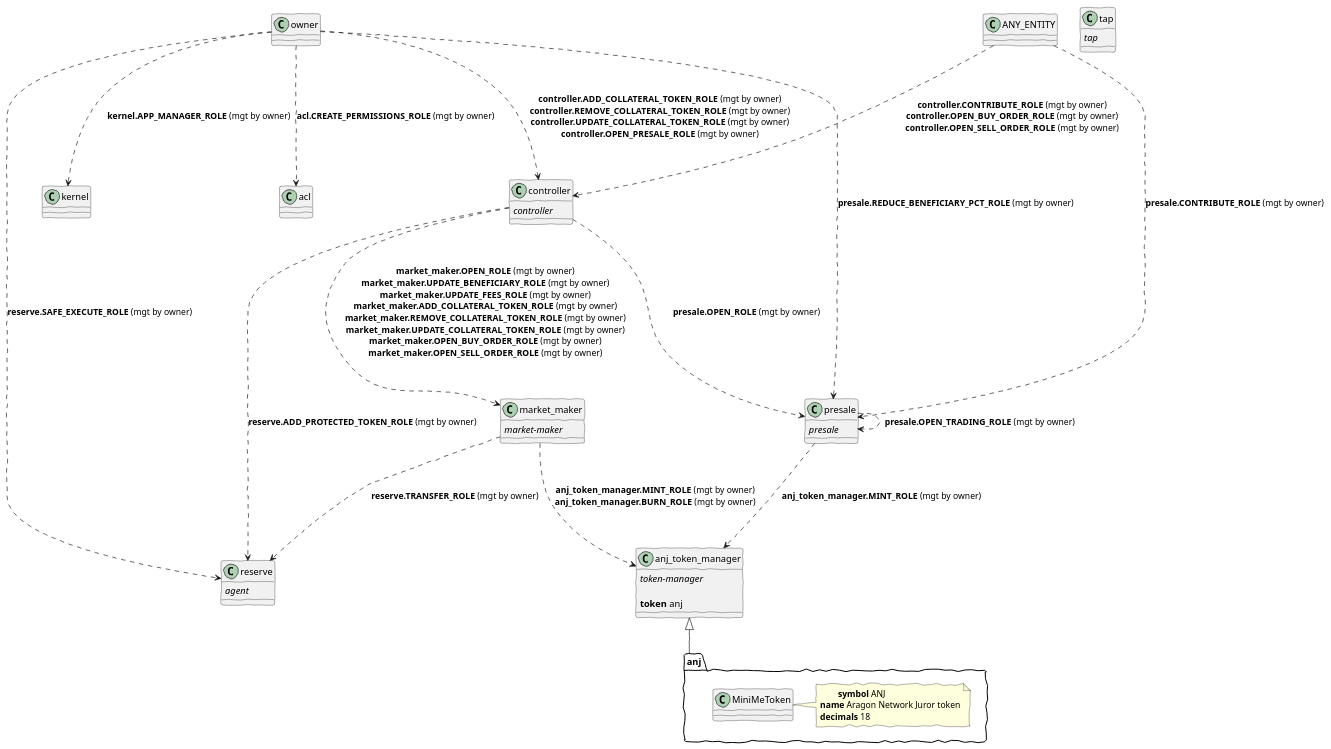
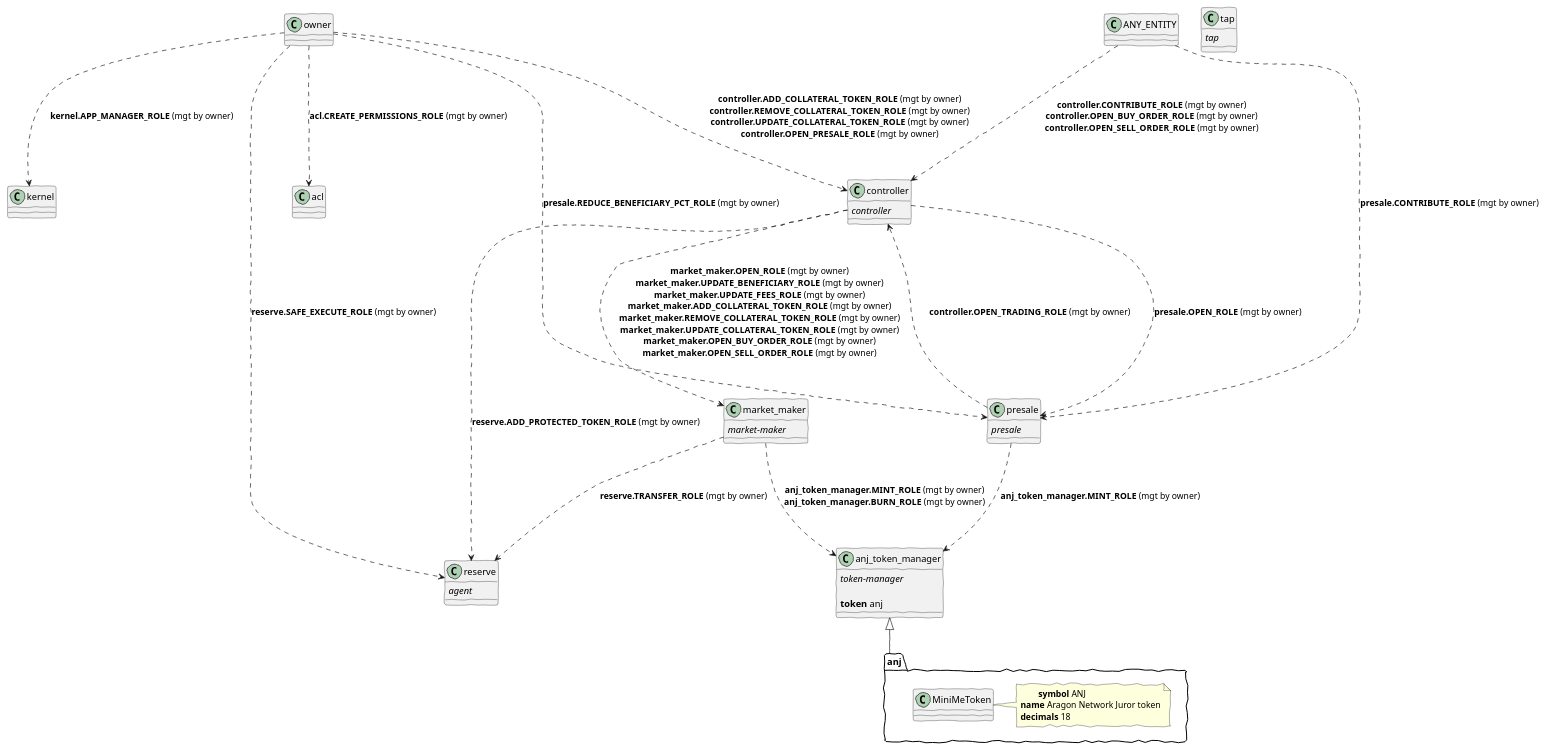
Before and after one commit to aragonone/court-presale: the diagram in template/eopbc.plantuml, drawn with PlantUML. The commit also changed 2 other files, not shown here.

```diff
--- a/template/eopbc.plantuml
+++ b/template/eopbc.plantuml
@@ -1,75 +1,75 @@
 @startuml eopbc
 ' -- options --
 allowmixing
 skinparam handwritten true
 ' -- tokens --
 
 package anj {
     class MiniMeToken
     note right
     	**symbol** ANJ
 	**name** Aragon Network Juror token
 	**decimals** 18
     end note
 }
 ' -- apps --
 
 class controller {
     {abstract}controller
 
     
 }
 
 
 class reserve {
     {abstract}agent
 
     
 }
 
 
 class market_maker {
     {abstract}market-maker
 
     
 }
 
 
 class presale {
     {abstract}presale
 
     
 }
 
 
 class tap {
     {abstract}tap
 
     
 }
 
 
 class anj_token_manager {
     {abstract}token-manager
 
     	**token** anj
 }
 
 anj_token_manager <|-- anj
 ' -- permissions --
 owner ...> kernel: **kernel.APP_MANAGER_ROLE** (mgt by owner)
 owner ...> acl: **acl.CREATE_PERMISSIONS_ROLE** (mgt by owner)
 market_maker ...> anj_token_manager: **anj_token_manager.MINT_ROLE** (mgt by owner)\n**anj_token_manager.BURN_ROLE** (mgt by owner)
 presale ...> anj_token_manager: **anj_token_manager.MINT_ROLE** (mgt by owner)
 owner ...> reserve: **reserve.SAFE_EXECUTE_ROLE** (mgt by owner)
 controller ...> reserve: **reserve.ADD_PROTECTED_TOKEN_ROLE** (mgt by owner)
 market_maker ...> reserve: **reserve.TRANSFER_ROLE** (mgt by owner)
 controller ...> presale: **presale.OPEN_ROLE** (mgt by owner)
 owner ...> presale: **presale.REDUCE_BENEFICIARY_PCT_ROLE** (mgt by owner)
 ANY_ENTITY ...> presale: **presale.CONTRIBUTE_ROLE** (mgt by owner)
 controller ...> market_maker: **market_maker.OPEN_ROLE** (mgt by owner)\n**market_maker.UPDATE_BENEFICIARY_ROLE** (mgt by owner)\n**market_maker.UPDATE_FEES_ROLE** (mgt by owner)\n**market_maker.ADD_COLLATERAL_TOKEN_ROLE** (mgt by owner)\n**market_maker.REMOVE_COLLATERAL_TOKEN_ROLE** (mgt by owner)\n**market_maker.UPDATE_COLLATERAL_TOKEN_ROLE** (mgt by owner)\n**market_maker.OPEN_BUY_ORDER_ROLE** (mgt by owner)\n**market_maker.OPEN_SELL_ORDER_ROLE** (mgt by owner)
 owner ...> controller: **controller.ADD_COLLATERAL_TOKEN_ROLE** (mgt by owner)\n**controller.REMOVE_COLLATERAL_TOKEN_ROLE** (mgt by owner)\n**controller.UPDATE_COLLATERAL_TOKEN_ROLE** (mgt by owner)\n**controller.OPEN_PRESALE_ROLE** (mgt by owner)
-presale ...> presale: **presale.OPEN_TRADING_ROLE** (mgt by owner)
+presale ...> controller: **controller.OPEN_TRADING_ROLE** (mgt by owner)
 ANY_ENTITY ...> controller: **controller.CONTRIBUTE_ROLE** (mgt by owner)\n**controller.OPEN_BUY_ORDER_ROLE** (mgt by owner)\n**controller.OPEN_SELL_ORDER_ROLE** (mgt by owner)
 
 @enduml
```
